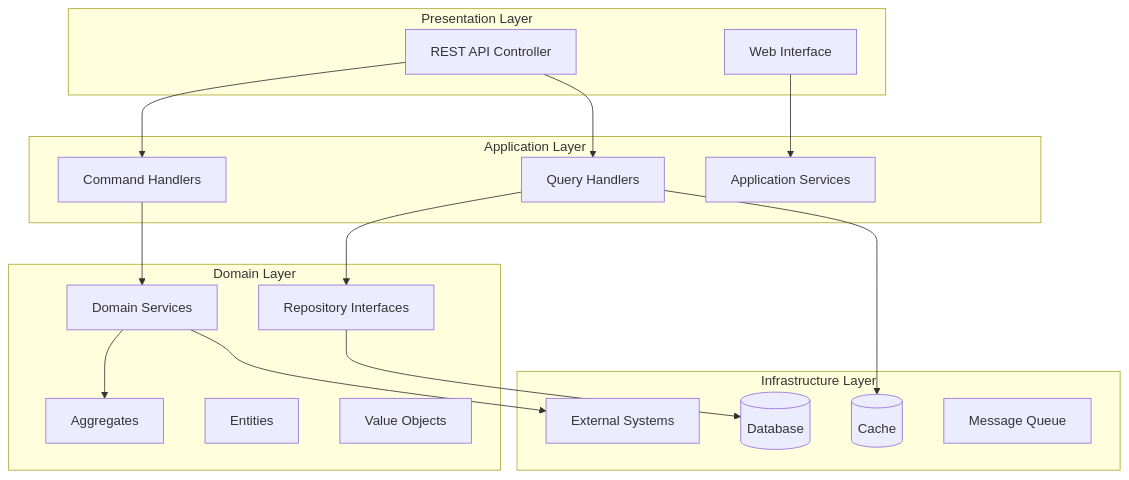
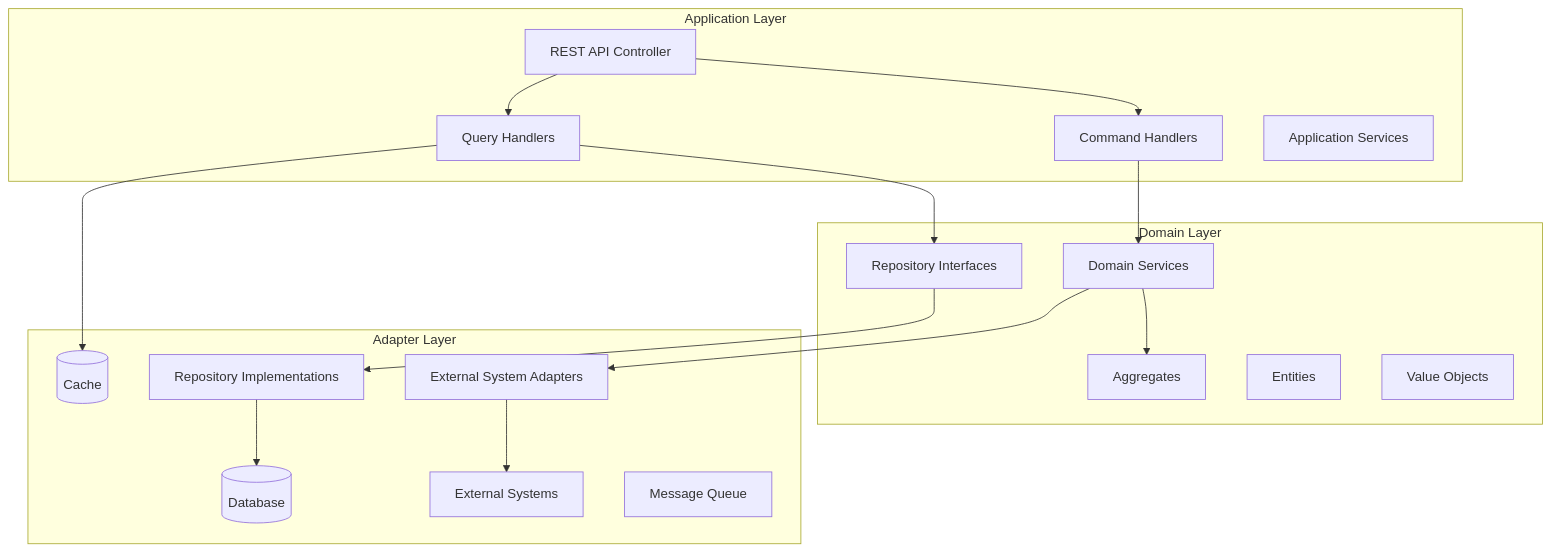
The first of 2 diagrams in .kiro/specs/bank-customer-promotion-system/design.md (ChunPingWang/banking-benefit-process-engine-kiro), drawn with Mermaid before and after one commit. The commit also changed other lines of this file and 5 other files, not shown here.

````diff
--- a/.kiro/specs/bank-customer-promotion-system/design.md
+++ b/.kiro/specs/bank-customer-promotion-system/design.md
@@ -11,38 +11,37 @@
 ```mermaid
 graph TB
-    subgraph "Presentation Layer"
+    subgraph "Application Layer"
         API[REST API Controller]
-        WEB[Web Interface]
-    end
-    
-    subgraph "Application Layer"
         CMD[Command Handlers]
         QRY[Query Handlers]
         APP[Application Services]
     end
     
     subgraph "Domain Layer"
         AGG[Aggregates]
         ENT[Entities]
         VO[Value Objects]
         DS[Domain Services]
         REPO[Repository Interfaces]
     end
     
-    subgraph "Infrastructure Layer"
+    subgraph "Adapter Layer"
         DB[(Database)]
         EXT[External Systems]
         CACHE[(Cache)]
         MSG[Message Queue]
+        REPO_IMPL[Repository Implementations]
+        EXT_ADAPTER[External System Adapters]
     end
     
     API --> CMD
     API --> QRY
-    WEB --> APP
     CMD --> DS
     QRY --> REPO
     DS --> AGG
-    REPO --> DB
-    DS --> EXT
+    REPO --> REPO_IMPL
+    DS --> EXT_ADAPTER
+    REPO_IMPL --> DB
+    EXT_ADAPTER --> EXT
     QRY --> CACHE
 ```
````
